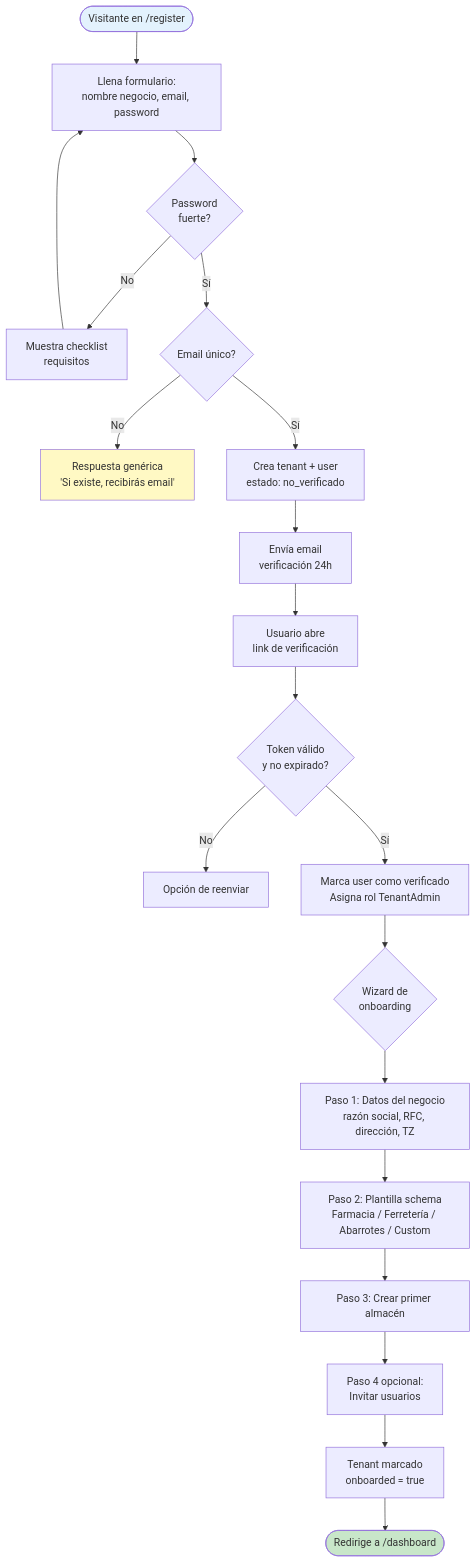
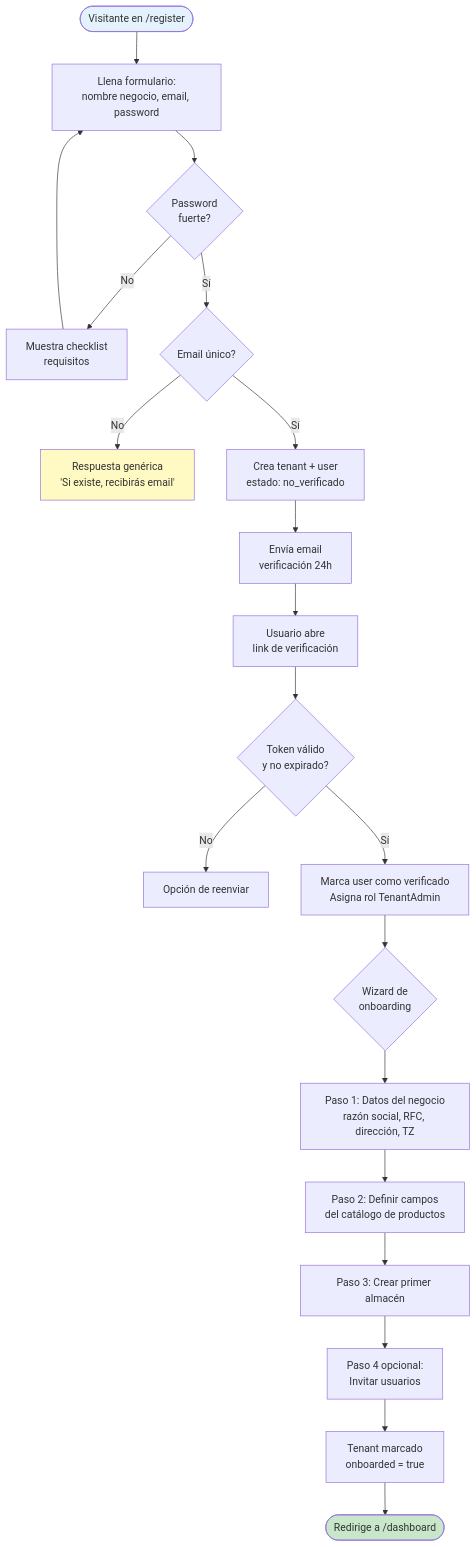
One commit to carloshlm/sellpoint changed the third of 12 diagrams in FLUJOS.md. Above: the diagram before and after it, drawn with Mermaid. The commit also changed 4 other files, not shown here.

````diff
--- a/FLUJOS.md
+++ b/FLUJOS.md
@@ -98,27 +98,27 @@
 ```mermaid
 flowchart TD
     Start([Visitante en /register]) --> FormReg[Llena formulario:<br/>nombre negocio, email, password]
     FormReg --> ValidatePwd{Password<br/>fuerte?}
     ValidatePwd -->|No| ShowReq[Muestra checklist<br/>requisitos]
     ShowReq --> FormReg
     ValidatePwd -->|Sí| EmailUnique{Email único?}
     EmailUnique -->|No| GenericMsg[Respuesta genérica<br/>'Si existe, recibirás email']
     EmailUnique -->|Sí| CreateUnverified[Crea tenant + user<br/>estado: no_verificado]
     CreateUnverified --> SendVerify[Envía email<br/>verificación 24h]
     SendVerify --> WaitClick[Usuario abre<br/>link de verificación]
     WaitClick --> Verify{Token válido<br/>y no expirado?}
     Verify -->|No| Resend[Opción de reenviar]
     Verify -->|Sí| ActivateUser[Marca user como verificado<br/>Asigna rol TenantAdmin]
     ActivateUser --> Wizard{Wizard de<br/>onboarding}
 
     Wizard --> Step1[Paso 1: Datos del negocio<br/>razón social, RFC, dirección, TZ]
-    Step1 --> Step2[Paso 2: Plantilla schema<br/>Farmacia / Ferretería / Abarrotes / Custom]
+    Step1 --> Step2[Paso 2: Definir campos<br/>del catálogo de productos]
     Step2 --> Step3[Paso 3: Crear primer almacén]
     Step3 --> Step4[Paso 4 opcional:<br/>Invitar usuarios]
     Step4 --> Done[Tenant marcado<br/>onboarded = true]
     Done --> Dashboard([Redirige a /dashboard])
 
     style Start fill:#e3f2fd
     style Dashboard fill:#c8e6c9
     style GenericMsg fill:#fff9c4
 ```
````
